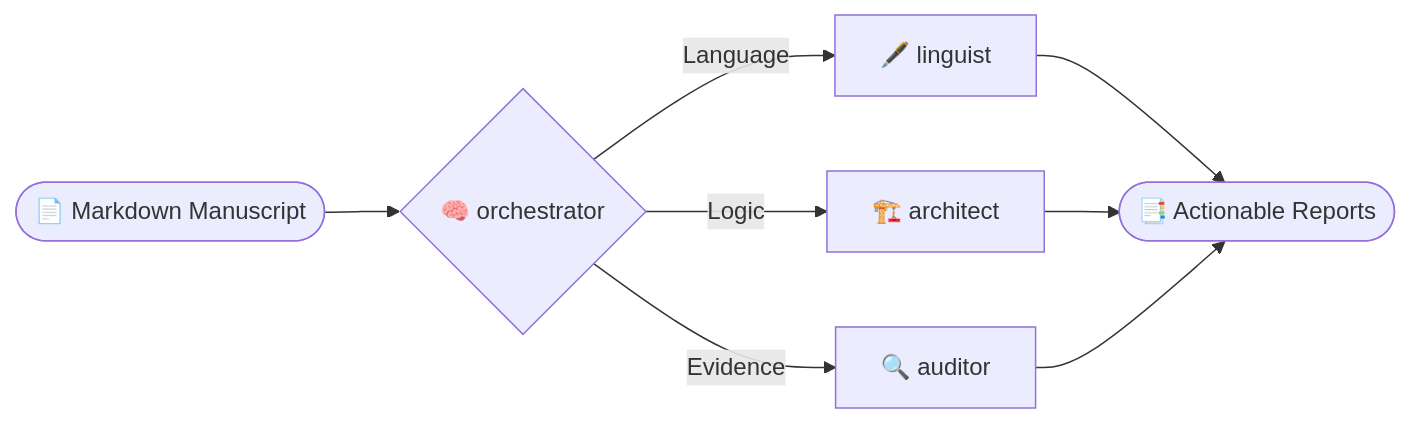
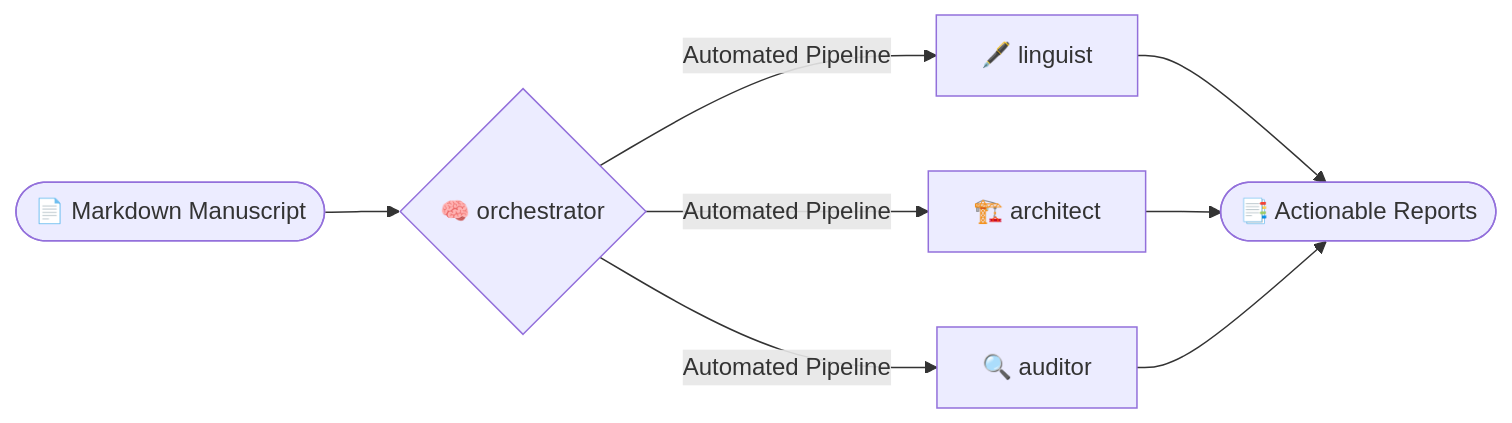
Before and after one commit to Jidi1997/academic-auto-reviewer: the diagram in README.md, drawn with Mermaid. The commit also changed other lines of this file and 2 other files, not shown here.

````diff
--- a/README.md
+++ b/README.md
@@ -42,8 +43,8 @@
 ```mermaid
 graph LR
     Input(["📄 Markdown Manuscript"]) --> orchestrator{"🧠 orchestrator"}
-    orchestrator -->|"Language"| linguist["🖋️ linguist"]
-    orchestrator -->|"Logic"| architect["🏗️ architect"]
-    orchestrator -->|"Evidence"| auditor["🔍 auditor"]
+    orchestrator -->|"Automated Pipeline"| linguist["🖋️ linguist"]
+    orchestrator -->|"Automated Pipeline"| architect["🏗️ architect"]
+    orchestrator -->|"Automated Pipeline"| auditor["🔍 auditor"]
     linguist & architect & auditor --> Output(["📑 Actionable Reports"])
 ```
````
